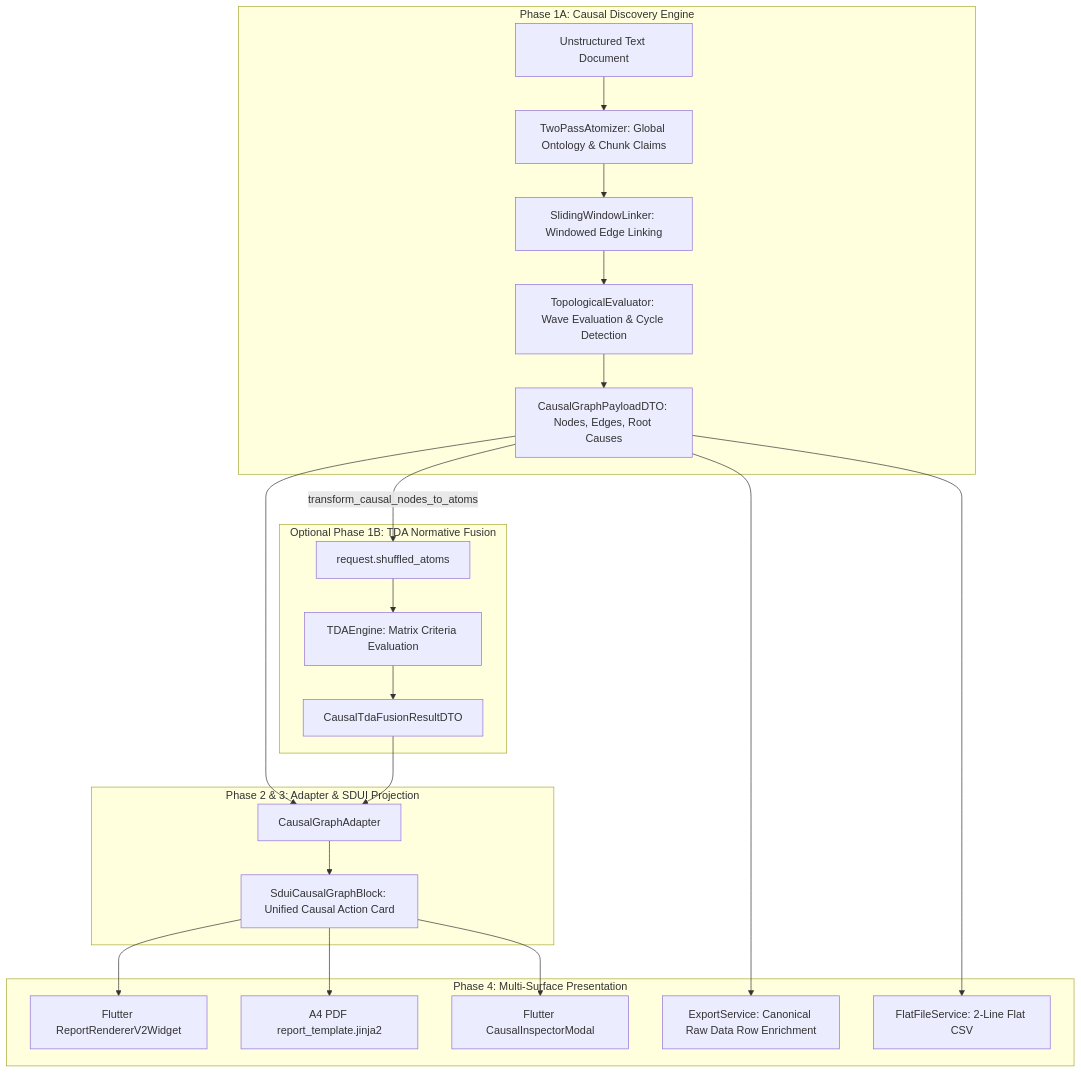
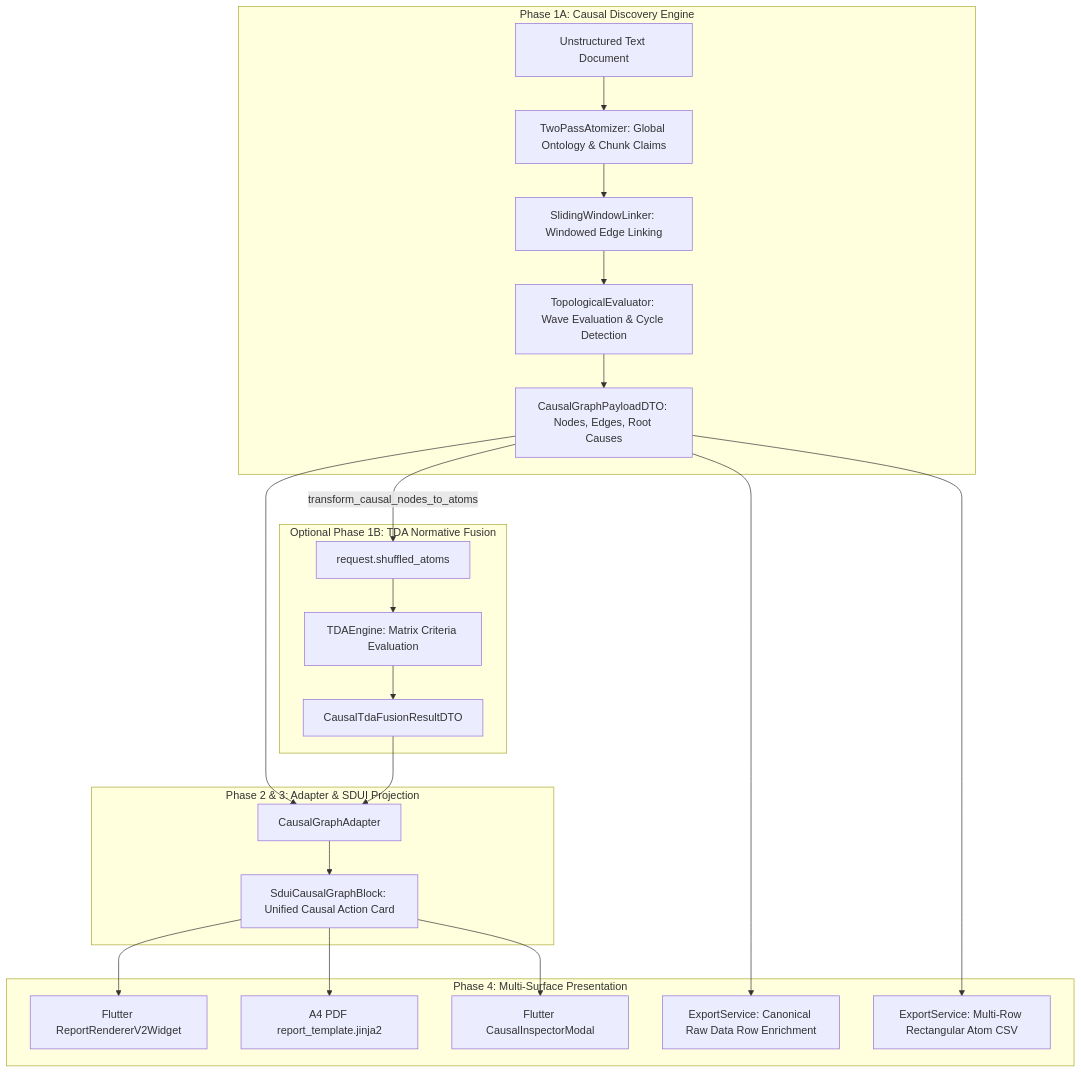
One commit to launis/quorum changed the diagram in docs/epic/EPIC_154_Dynamic_Causal_Discovery_Engine.md. Above: the diagram before and after it, drawn with Mermaid. The commit also changed other lines of this file and 3 other files, not shown here.

````diff
--- a/docs/epic/EPIC_154_Dynamic_Causal_Discovery_Engine.md
+++ b/docs/epic/EPIC_154_Dynamic_Causal_Discovery_Engine.md
@@ -268,29 +275,29 @@
 ```mermaid
 flowchart TD
     subgraph Phase1A [Phase 1A: Causal Discovery Engine]
         Doc[Unstructured Text Document] --> TwoPass[TwoPassAtomizer: Global Ontology & Chunk Claims]
         TwoPass --> Linker[SlidingWindowLinker: Windowed Edge Linking]
         Linker --> Topo[TopologicalEvaluator: Wave Evaluation & Cycle Detection]
         Topo --> Payload[CausalGraphPayloadDTO: Nodes, Edges, Root Causes]
     end
 
     subgraph Phase1B [Optional Phase 1B: TDA Normative Fusion]
         Payload -->|transform_causal_nodes_to_atoms| ShuffledAtoms[request.shuffled_atoms]
         ShuffledAtoms --> TDA[TDAEngine: Matrix Criteria Evaluation]
         TDA --> FusionDTO[CausalTdaFusionResultDTO]
     end
 
     subgraph Phase2_3 [Phase 2 & 3: Adapter & SDUI Projection]
         Payload --> Adapter[CausalGraphAdapter]
         FusionDTO --> Adapter
         Adapter --> SDUIBlock[SduiCausalGraphBlock: Unified Causal Action Card]
     end
 
     subgraph Phase4 [Phase 4: Multi-Surface Presentation]
         SDUIBlock --> FlutterUI[Flutter ReportRendererV2Widget]
         SDUIBlock --> JinjaPDF[A4 PDF report_template.jinja2]
         SDUIBlock --> Inspector[Flutter CausalInspectorModal]
         Payload --> Excel[ExportService: Canonical Raw Data Row Enrichment]
-        Payload --> FlatCSV[FlatFileService: 2-Line Flat CSV]
+        Payload --> FlatCSV[ExportService: Multi-Row Rectangular Atom CSV]
     end
 ```
````
